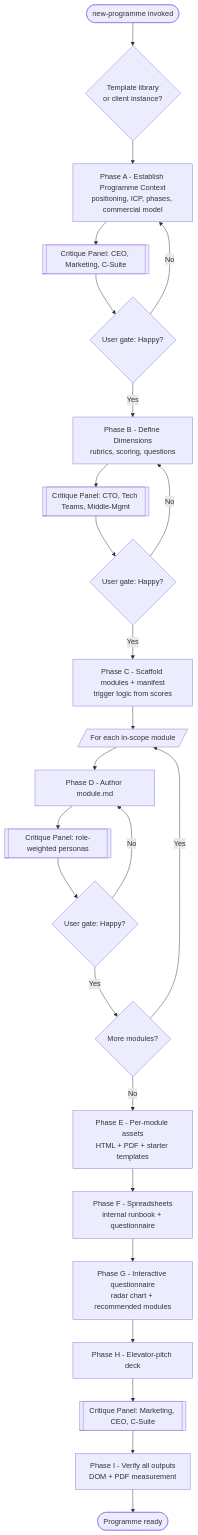
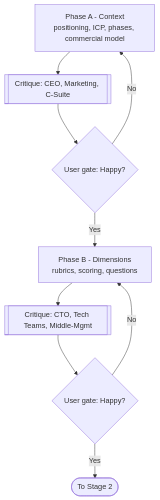
Before and after one commit to MartinWhippD55/d55-analysis: the second of 6 diagrams in .kiro/specs/new-programme-skill/diagram.md, drawn with Mermaid. The commit also changed other lines of this file and 11 other files, not shown here.

Commit message:
Split flow into overview + four stage diagrams; embed all in walkthrough

````diff
--- a/.kiro/specs/new-programme-skill/diagram.md
+++ b/.kiro/specs/new-programme-skill/diagram.md
@@ -17,27 +35,11 @@
 ```mermaid
 flowchart TD
-    Start([new-programme invoked]) --> Mode{Template library<br/>or client instance?}
-    Mode --> Ctx[Phase A - Establish Programme Context<br/>positioning, ICP, phases, commercial model]
-    Ctx --> CritA[[Critique Panel: CEO, Marketing, C-Suite]]
-    CritA --> GateA{User gate: Happy?}
-    GateA -->|No| Ctx
-    GateA -->|Yes| Dim[Phase B - Define Dimensions<br/>rubrics, scoring, questions]
-    Dim --> CritB[[Critique Panel: CTO, Tech Teams, Middle-Mgmt]]
-    CritB --> GateB{User gate: Happy?}
-    GateB -->|No| Dim
-    GateB -->|Yes| Scaf[Phase C - Scaffold modules + manifest<br/>trigger logic from scores]
-    Scaf --> Loop[/For each in-scope module/]
-    Loop --> Auth[Phase D - Author module.md]
-    Auth --> CritD[[Critique Panel: role-weighted personas]]
-    CritD --> GateD{User gate: Happy?}
-    GateD -->|No| Auth
-    GateD -->|Yes| More{More modules?}
-    More -->|Yes| Loop
-    More -->|No| Assets[Phase E - Per-module assets<br/>HTML + PDF + starter templates]
-    Assets --> Sheets[Phase F - Spreadsheets<br/>internal runbook + questionnaire]
-    Sheets --> Interactive[Phase G - Interactive questionnaire<br/>radar chart + recommended modules]
-    Interactive --> Pitch[Phase H - Elevator-pitch deck]
-    Pitch --> CritH[[Critique Panel: Marketing, CEO, C-Suite]]
-    CritH --> Verify[Phase I - Verify all outputs<br/>DOM + PDF measurement]
-    Verify --> Done([Programme ready])
+    A[Phase A - Context<br/>positioning, ICP, phases, commercial model] --> CA[[Critique: CEO, Marketing, C-Suite]]
+    CA --> GA{User gate: Happy?}
+    GA -->|No| A
+    GA -->|Yes| B[Phase B - Dimensions<br/>rubrics, scoring, questions]
+    B --> CB[[Critique: CTO, Tech Teams, Middle-Mgmt]]
+    CB --> GB{User gate: Happy?}
+    GB -->|No| B
+    GB -->|Yes| N([To Stage 2])
 ```
````
